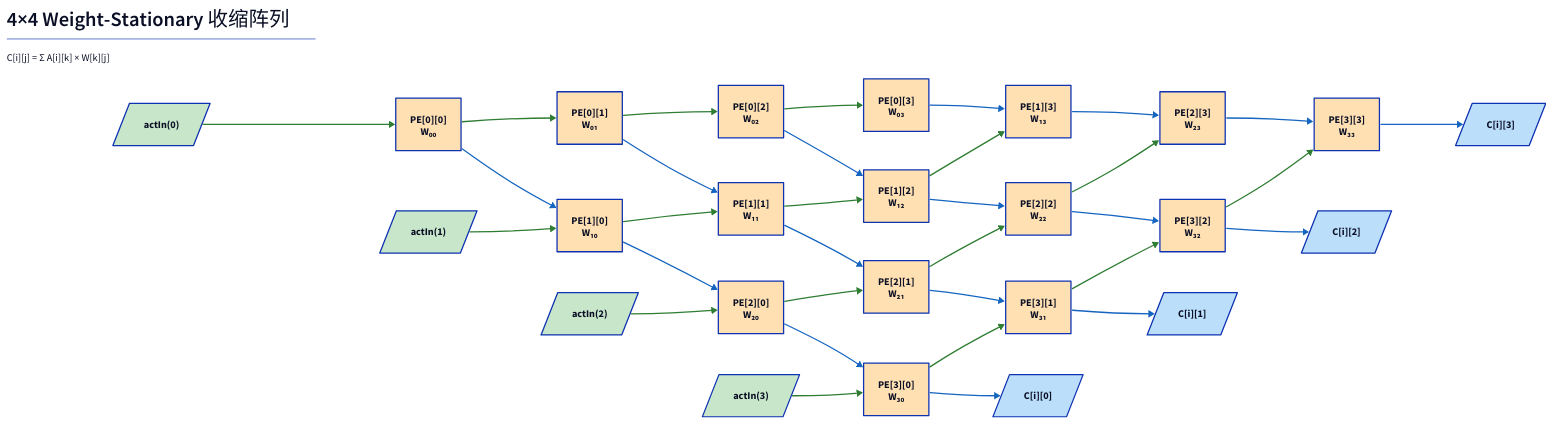
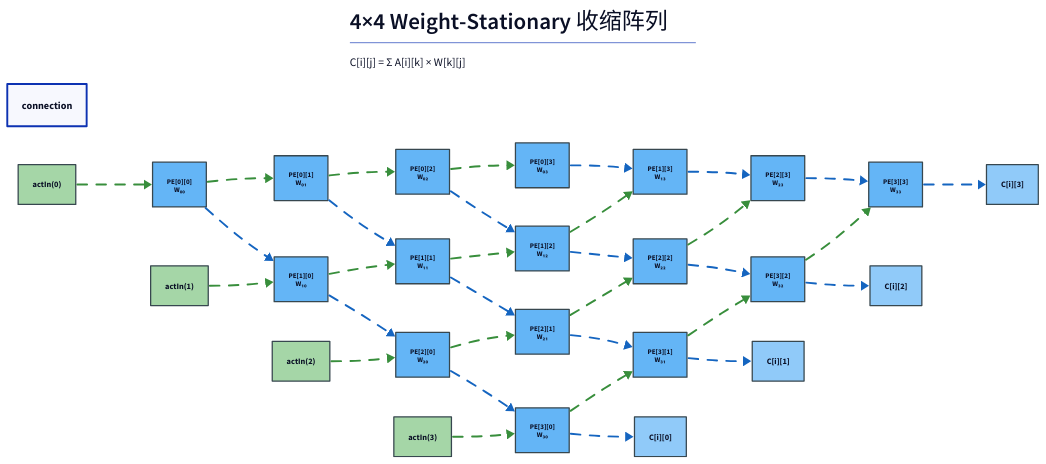
Before and after one commit to jiangyinzuo/vibe-processor: the diagram in docs/diagrams/systolic_array.d2, drawn with D2. The commit also changed 94 other files, not shown here.

```diff
--- a/docs/diagrams/systolic_array.d2
+++ b/docs/diagrams/systolic_array.d2
@@ -1,85 +1,311 @@
 direction: right
+
+# 全局连线样式：使用直线
+connection: {
+  style.stroke-width: 3
+  style.border-radius: 0
+}
 
 title: |md
   # 4×4 Weight-Stationary 收缩阵列
   C[i][j] = Σ A[i][k] × W[k][j]
-|
+| {
+  near: top-center
+  style.font-size: 18
+  style.bold: true
+}
+
+# 全局样式配置
+vars: {
+  pe-color: "#64B5F6"
+  act-color: "#A5D6A7"
+  res-color: "#90CAF9"
+  border-color: "#37474F"
+}
 
 act0: "actIn(0)" {
-  shape: parallelogram
-  style.fill: "#C8E6C9"
+  shape: rectangle
+  style: {
+    fill: ${act-color}
+    stroke: ${border-color}
+    stroke-width: 2
+    font-size: 13
+    bold: true
+  }
 }
 act1: "actIn(1)" {
-  shape: parallelogram
-  style.fill: "#C8E6C9"
+  shape: rectangle
+  style: {
+    fill: ${act-color}
+    stroke: ${border-color}
+    stroke-width: 2
+    font-size: 13
+    bold: true
+  }
 }
 act2: "actIn(2)" {
-  shape: parallelogram
-  style.fill: "#C8E6C9"
+  shape: rectangle
+  style: {
+    fill: ${act-color}
+    stroke: ${border-color}
+    stroke-width: 2
+    font-size: 13
+    bold: true
+  }
 }
 act3: "actIn(3)" {
-  shape: parallelogram
-  style.fill: "#C8E6C9"
+  shape: rectangle
+  style: {
+    fill: ${act-color}
+    stroke: ${border-color}
+    stroke-width: 2
+    font-size: 13
+    bold: true
+  }
 }
 
-pe00: "PE[0][0]\nW₀₀" {style.fill: "#FFE0B2"}
-pe01: "PE[0][1]\nW₀₁" {style.fill: "#FFE0B2"}
-pe02: "PE[0][2]\nW₀₂" {style.fill: "#FFE0B2"}
-pe03: "PE[0][3]\nW₀₃" {style.fill: "#FFE0B2"}
-pe10: "PE[1][0]\nW₁₀" {style.fill: "#FFE0B2"}
-pe11: "PE[1][1]\nW₁₁" {style.fill: "#FFE0B2"}
-pe12: "PE[1][2]\nW₁₂" {style.fill: "#FFE0B2"}
-pe13: "PE[1][3]\nW₁₃" {style.fill: "#FFE0B2"}
-pe20: "PE[2][0]\nW₂₀" {style.fill: "#FFE0B2"}
-pe21: "PE[2][1]\nW₂₁" {style.fill: "#FFE0B2"}
-pe22: "PE[2][2]\nW₂₂" {style.fill: "#FFE0B2"}
-pe23: "PE[2][3]\nW₂₃" {style.fill: "#FFE0B2"}
-pe30: "PE[3][0]\nW₃₀" {style.fill: "#FFE0B2"}
-pe31: "PE[3][1]\nW₃₁" {style.fill: "#FFE0B2"}
-pe32: "PE[3][2]\nW₃₂" {style.fill: "#FFE0B2"}
-pe33: "PE[3][3]\nW₃₃" {style.fill: "#FFE0B2"}
+pe00: "PE[0][0]\nW₀₀" {
+  style: {
+    fill: ${pe-color}
+    stroke: ${border-color}
+    stroke-width: 2
+    font-size: 11
+    bold: true
+  }
+}
+pe01: "PE[0][1]\nW₀₁" {
+  style: {
+    fill: ${pe-color}
+    stroke: ${border-color}
+    stroke-width: 2
+    font-size: 11
+    bold: true
+  }
+}
+pe02: "PE[0][2]\nW₀₂" {
+  style: {
+    fill: ${pe-color}
+    stroke: ${border-color}
+    stroke-width: 2
+    font-size: 11
+    bold: true
+  }
+}
+pe03: "PE[0][3]\nW₀₃" {
+  style: {
+    fill: ${pe-color}
+    stroke: ${border-color}
+    stroke-width: 2
+    font-size: 11
+    bold: true
+  }
+}
+pe10: "PE[1][0]\nW₁₀" {
+  style: {
+    fill: ${pe-color}
+    stroke: ${border-color}
+    stroke-width: 2
+    font-size: 11
+    bold: true
+  }
+}
+pe11: "PE[1][1]\nW₁₁" {
+  style: {
+    fill: ${pe-color}
+    stroke: ${border-color}
+    stroke-width: 2
+    font-size: 11
+    bold: true
+  }
+}
+pe12: "PE[1][2]\nW₁₂" {
+  style: {
+    fill: ${pe-color}
+    stroke: ${border-color}
+    stroke-width: 2
+    font-size: 11
+    bold: true
+  }
+}
+pe13: "PE[1][3]\nW₁₃" {
+  style: {
+    fill: ${pe-color}
+    stroke: ${border-color}
+    stroke-width: 2
+    font-size: 11
+    bold: true
+  }
+}
+pe20: "PE[2][0]\nW₂₀" {
+  style: {
+    fill: ${pe-color}
+    stroke: ${border-color}
+    stroke-width: 2
+    font-size: 11
+    bold: true
+  }
+}
+pe21: "PE[2][1]\nW₂₁" {
+  style: {
+    fill: ${pe-color}
+    stroke: ${border-color}
+    stroke-width: 2
+    font-size: 11
+    bold: true
+  }
+}
+pe22: "PE[2][2]\nW₂₂" {
+  style: {
+    fill: ${pe-color}
+    stroke: ${border-color}
+    stroke-width: 2
+    font-size: 11
+    bold: true
+  }
+}
+pe23: "PE[2][3]\nW₂₃" {
+  style: {
+    fill: ${pe-color}
+    stroke: ${border-color}
+    stroke-width: 2
+    font-size: 11
+    bold: true
+  }
+}
+pe30: "PE[3][0]\nW₃₀" {
+  style: {
+    fill: ${pe-color}
+    stroke: ${border-color}
+    stroke-width: 2
+    font-size: 11
+    bold: true
+  }
+}
+pe31: "PE[3][1]\nW₃₁" {
+  style: {
+    fill: ${pe-color}
+    stroke: ${border-color}
+    stroke-width: 2
+    font-size: 11
+    bold: true
+  }
+}
+pe32: "PE[3][2]\nW₃₂" {
+  style: {
+    fill: ${pe-color}
+    stroke: ${border-color}
+    stroke-width: 2
+    font-size: 11
+    bold: true
+  }
+}
+pe33: "PE[3][3]\nW₃₃" {
+  style: {
+    fill: ${pe-color}
+    stroke: ${border-color}
+    stroke-width: 2
+    font-size: 11
+    bold: true
+  }
+}
 
 res0: "C[i][0]" {
-  shape: parallelogram
-  style.fill: "#BBDEFB"
+  shape: rectangle
+  style: {
+    fill: ${res-color}
+    stroke: ${border-color}
+    stroke-width: 2
+    font-size: 13
+    bold: true
+  }
 }
 res1: "C[i][1]" {
-  shape: parallelogram
-  style.fill: "#BBDEFB"
+  shape: rectangle
+  style: {
+    fill: ${res-color}
+    stroke: ${border-color}
+    stroke-width: 2
+    font-size: 13
+    bold: true
+  }
 }
 res2: "C[i][2]" {
-  shape: parallelogram
-  style.fill: "#BBDEFB"
+  shape: rectangle
+  style: {
+    fill: ${res-color}
+    stroke: ${border-color}
+    stroke-width: 2
+    font-size: 13
+    bold: true
+  }
 }
 res3: "C[i][3]" {
-  shape: parallelogram
-  style.fill: "#BBDEFB"
+  shape: rectangle
+  style: {
+    fill: ${res-color}
+    stroke: ${border-color}
+    stroke-width: 2
+    font-size: 13
+    bold: true
+  }
 }
 
-# Activation flow (horizontal)
+# Activation flow (horizontal) - 绿色数据流
 act0 -> pe00 -> pe01 -> pe02 -> pe03 {
-  style.stroke: "#2E7D32"
+  style: {
+    stroke: "#388E3C"
+    stroke-width: 3
+    animated: true
+  }
 }
 act1 -> pe10 -> pe11 -> pe12 -> pe13 {
-  style.stroke: "#2E7D32"
+  style: {
+    stroke: "#388E3C"
+    stroke-width: 3
+    animated: true
+  }
 }
 act2 -> pe20 -> pe21 -> pe22 -> pe23 {
-  style.stroke: "#2E7D32"
+  style: {
+    stroke: "#388E3C"
+    stroke-width: 3
+    animated: true
+  }
 }
 act3 -> pe30 -> pe31 -> pe32 -> pe33 {
-  style.stroke: "#2E7D32"
+  style: {
+    stroke: "#388E3C"
+    stroke-width: 3
+    animated: true
+  }
 }
 
-# Psum flow (vertical)
+# Psum flow (vertical) - 蓝色累加流
 pe00 -> pe10 -> pe20 -> pe30 -> res0 {
-  style.stroke: "#1565C0"
+  style: {
+    stroke: "#1565C0"
+    stroke-width: 3
+    animated: true
+  }
 }
 pe01 -> pe11 -> pe21 -> pe31 -> res1 {
-  style.stroke: "#1565C0"
+  style: {
+    stroke: "#1565C0"
+    stroke-width: 3
+    animated: true
+  }
 }
 pe02 -> pe12 -> pe22 -> pe32 -> res2 {
-  style.stroke: "#1565C0"
+  style: {
+    stroke: "#1565C0"
+    stroke-width: 3
+    animated: true
+  }
 }
 pe03 -> pe13 -> pe23 -> pe33 -> res3 {
-  style.stroke: "#1565C0"
+  style: {
+    stroke: "#1565C0"
+    stroke-width: 3
+    animated: true
+  }
 }
```
